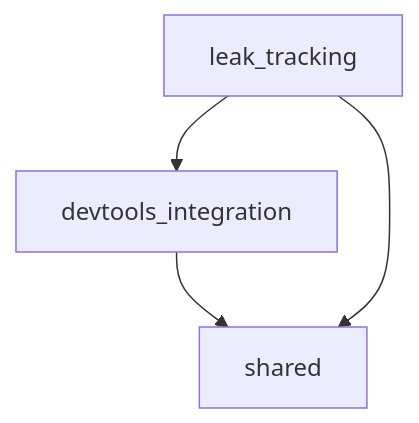
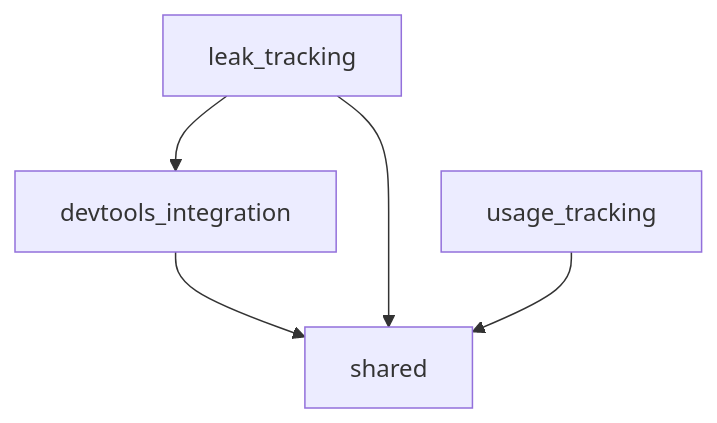
The diagram in lib/src/DEPENDENCIES.md (dart-lang/leak_tracker), drawn with Mermaid before and after one commit. The commit also changed 21 other files, not shown here.

Commit message:
Convert autosnapshotting to usage tracking to handle both snapshots and usage events. (#58)

````diff
--- a/lib/src/DEPENDENCIES.md
+++ b/lib/src/DEPENDENCIES.md
@@ -6,6 +6,7 @@
 ```mermaid
 flowchart TD;
 devtools_integration-->shared;
 leak_tracking-->devtools_integration;
 leak_tracking-->shared;
+usage_tracking-->shared;
 ```
````
